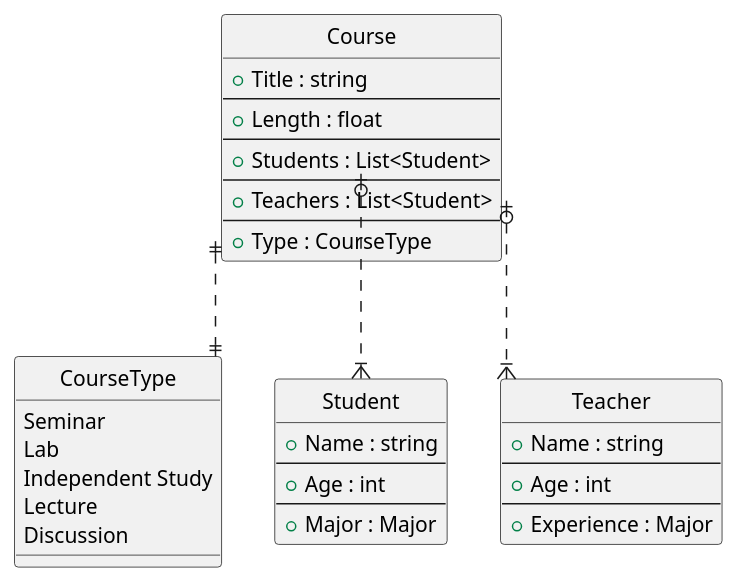
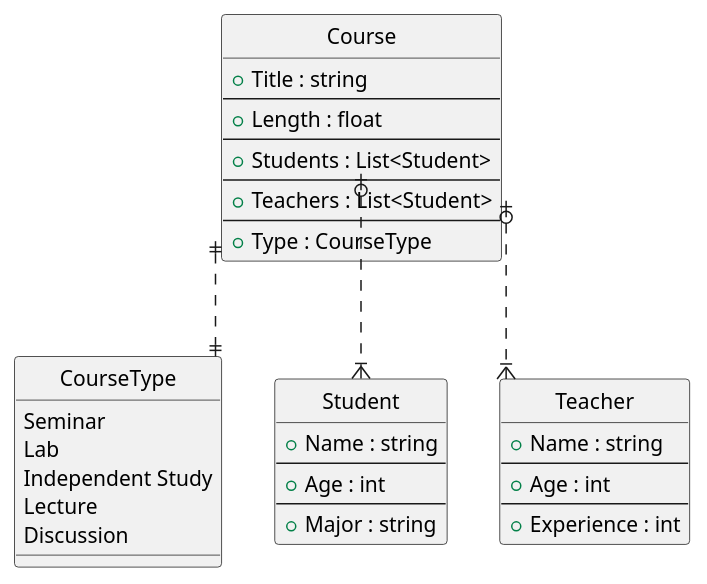
The diagram in README.md (joshayoung/xamarin-courses-app), drawn with PlantUML before and after one commit. The commit also changed 5 other files, not shown here.

Commit message:
Add tests for Student and Teacher. Upgrade diagram

````diff
--- a/README.md
+++ b/README.md
@@ -5,53 +5,53 @@
 ```plantuml
   skinparam class {
   BackgroundColor aliceblue
   ArrowColor blue
   BorderColor blue
   }
 
   @startuml
 
   hide circle
   skinparam linetype ortho
 
   entity "Course" as c {
     +Title : string
     --
     +Length : float
     --
     +Students : List<Student>
     --
     +Teachers : List<Student>
     --
     +Type : CourseType
   }
 
   entity "CourseType" as ct {
     Seminar
     Lab
     Independent Study
     Lecture
     Discussion
   }
 
   entity "Student" as s {
     +Name : string
     --
     +Age : int
     --
-    +Major : Major
+    +Major : string
   }
 
   entity "Teacher" as t {
     +Name : string
     --
     +Age : int
     --
-    +Experience : Major
+    +Experience : int
   }
 
   c::CourseType ||..|| ct
   c::Students |o..|{ s
   c::Teachers |o..|{ t
   @enduml
 ```
````
